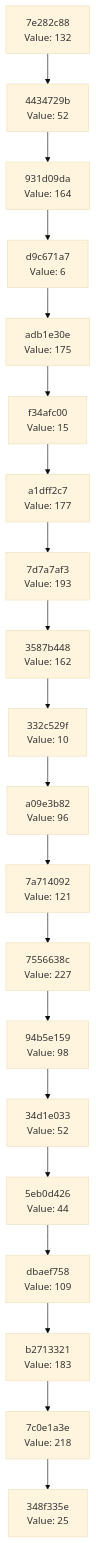
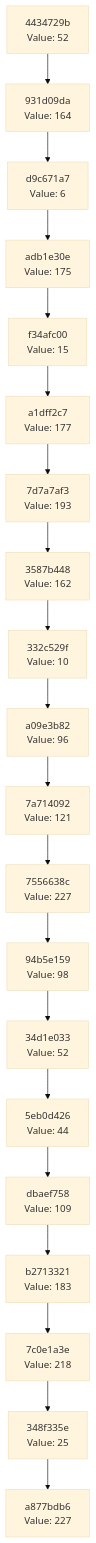
The diagram in docs/CHAIN_VISUALIZATION.md (Abhisheksinha1506/hash-chain-evolver), drawn with Mermaid (base theme) before and after one commit. The commit also changed 2 other files, not shown here.

Commit message:
Evolution step: hash 0xE3 → action executed

````diff
--- a/docs/CHAIN_VISUALIZATION.md
+++ b/docs/CHAIN_VISUALIZATION.md
@@ -3,42 +3,42 @@
 ```mermaid
 graph TD
-    C0["348f335e<br/>Value: 25"]
-    C1["7c0e1a3e<br/>Value: 218"]
+    C0["a877bdb6<br/>Value: 227"]
+    C1["348f335e<br/>Value: 25"]
     C1 --> C0
-    C2["b2713321<br/>Value: 183"]
+    C2["7c0e1a3e<br/>Value: 218"]
     C2 --> C1
-    C3["dbaef758<br/>Value: 109"]
+    C3["b2713321<br/>Value: 183"]
     C3 --> C2
-    C4["5eb0d426<br/>Value: 44"]
+    C4["dbaef758<br/>Value: 109"]
     C4 --> C3
-    C5["34d1e033<br/>Value: 52"]
+    C5["5eb0d426<br/>Value: 44"]
     C5 --> C4
-    C6["94b5e159<br/>Value: 98"]
+    C6["34d1e033<br/>Value: 52"]
     C6 --> C5
-    C7["7556638c<br/>Value: 227"]
+    C7["94b5e159<br/>Value: 98"]
     C7 --> C6
-    C8["7a714092<br/>Value: 121"]
+    C8["7556638c<br/>Value: 227"]
     C8 --> C7
-    C9["a09e3b82<br/>Value: 96"]
+    C9["7a714092<br/>Value: 121"]
     C9 --> C8
-    C10["332c529f<br/>Value: 10"]
+    C10["a09e3b82<br/>Value: 96"]
     C10 --> C9
-    C11["3587b448<br/>Value: 162"]
+    C11["332c529f<br/>Value: 10"]
     C11 --> C10
-    C12["7d7a7af3<br/>Value: 193"]
+    C12["3587b448<br/>Value: 162"]
     C12 --> C11
-    C13["a1dff2c7<br/>Value: 177"]
+    C13["7d7a7af3<br/>Value: 193"]
     C13 --> C12
-    C14["f34afc00<br/>Value: 15"]
+    C14["a1dff2c7<br/>Value: 177"]
     C14 --> C13
-    C15["adb1e30e<br/>Value: 175"]
+    C15["f34afc00<br/>Value: 15"]
     C15 --> C14
-    C16["d9c671a7<br/>Value: 6"]
+    C16["adb1e30e<br/>Value: 175"]
     C16 --> C15
-    C17["931d09da<br/>Value: 164"]
+    C17["d9c671a7<br/>Value: 6"]
     C17 --> C16
-    C18["4434729b<br/>Value: 52"]
+    C18["931d09da<br/>Value: 164"]
     C18 --> C17
-    C19["7e282c88<br/>Value: 132"]
+    C19["4434729b<br/>Value: 52"]
     C19 --> C18
 ```
````
